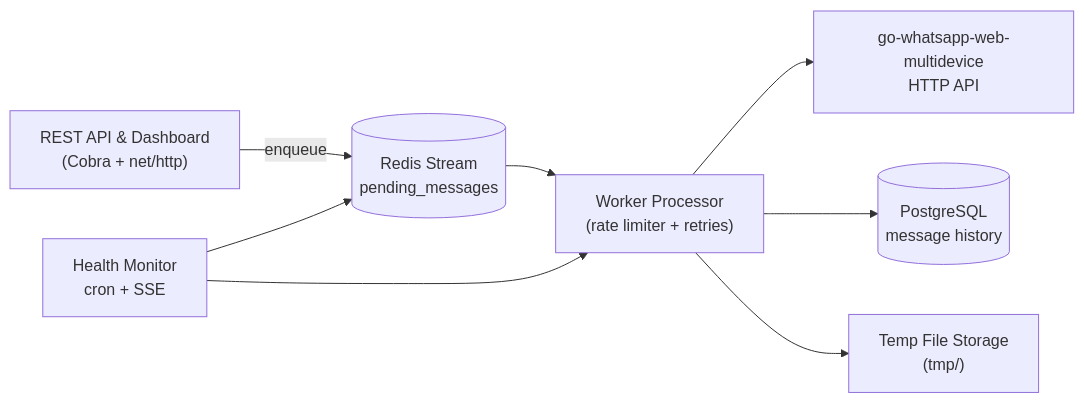
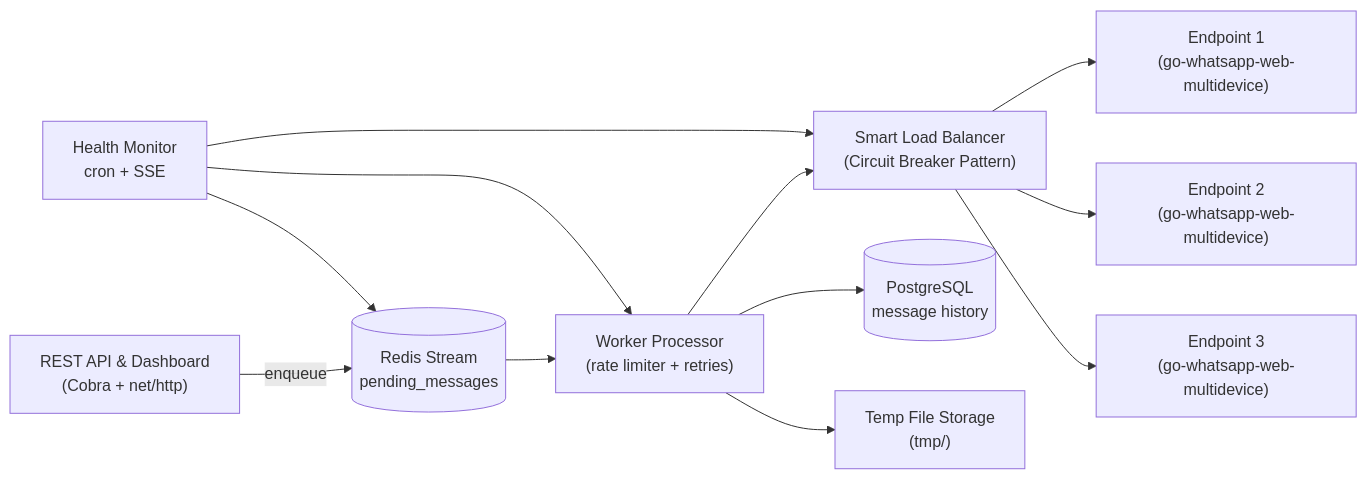
Before and after one commit to jeremypadrinox/go-whatsapp-worker-redis-ssedashboard: the diagram in README.md, drawn with Mermaid. The commit also changed other lines of this file and 13 other files, not shown here.

Commit message:
Enhance WhatsApp worker configuration with circuit breaker support for endpoint management, update Dockerfile for production optimizations, and adjust API port settings. Add health check and endpoint statistics features to improve reliability and monitoring.

````diff
--- a/README.md
+++ b/README.md
@@ -70,10 +72,14 @@
 ```mermaid
 flowchart LR
     API["REST API & Dashboard\n(Cobra + net/http)"] -->|enqueue| Queue[(Redis Stream\npending_messages)]
     Queue --> WorkerPool["Worker Processor\n(rate limiter + retries)"]
-    WorkerPool --> WhatsApp["go-whatsapp-web-multidevice\nHTTP API"]
+    WorkerPool --> LoadBalancer["Smart Load Balancer\n(Circuit Breaker Pattern)"]
+    LoadBalancer --> WhatsApp1["Endpoint 1\n(go-whatsapp-web-multidevice)"]
+    LoadBalancer --> WhatsApp2["Endpoint 2\n(go-whatsapp-web-multidevice)"]
+    LoadBalancer --> WhatsApp3["Endpoint 3\n(go-whatsapp-web-multidevice)"]
     WorkerPool --> DB[(PostgreSQL\nmessage history)]
     WorkerPool --> Storage["Temp File Storage\n(tmp/)"]
     Health["Health Monitor\ncron + SSE"] --> WorkerPool
+    Health --> LoadBalancer
     Health --> Queue
 ```
````
